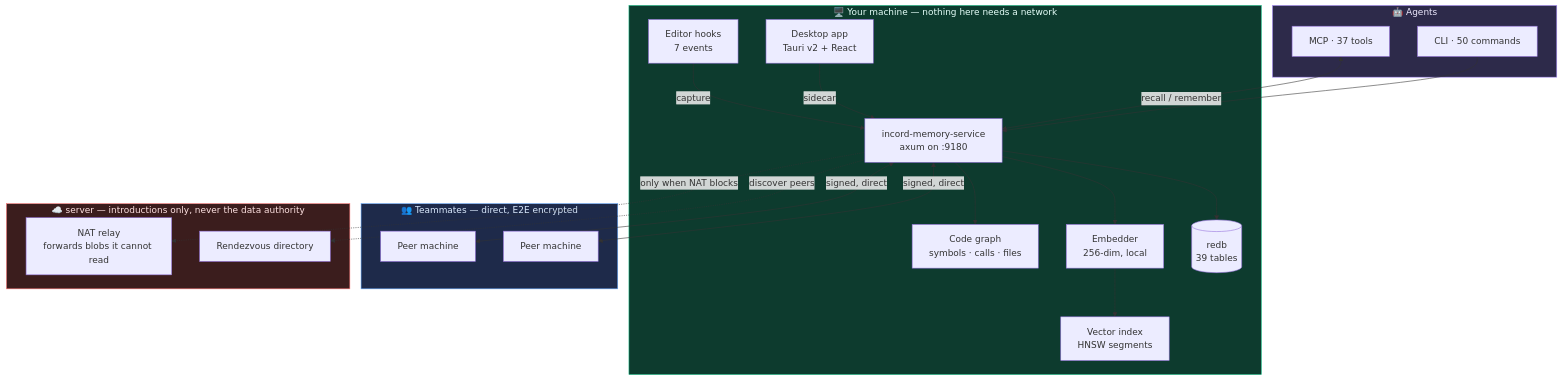
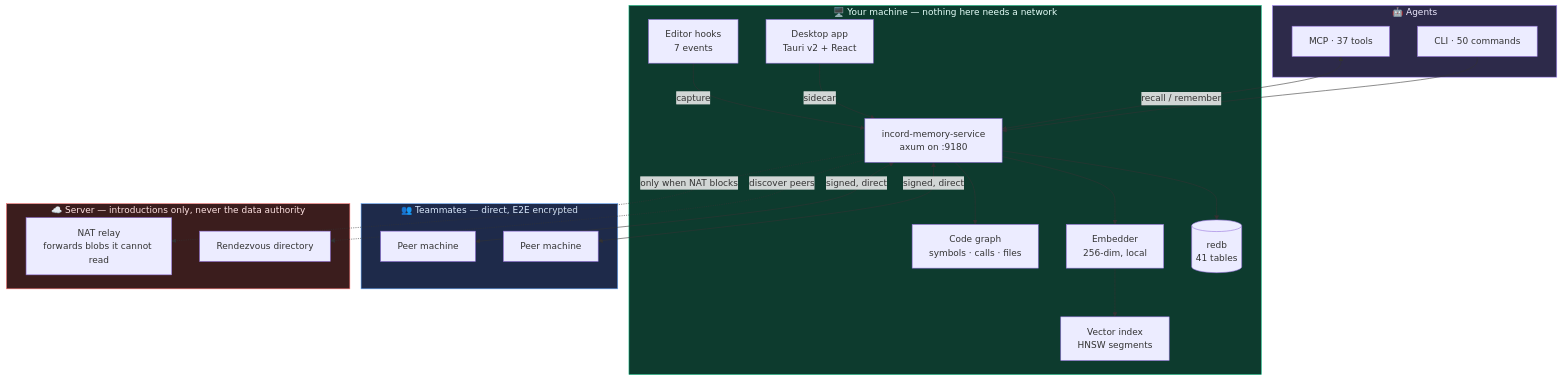
One commit to incordai/watchman changed the second of 8 diagrams in README.md. Above: the diagram before and after it, drawn with Mermaid. The commit also changed other lines of this file, not shown here.

````diff
--- a/README.md
+++ b/README.md
@@ -93,44 +129,44 @@
 ```mermaid
 graph TB
     subgraph LOCAL["🖥️ Your machine — nothing here needs a network"]
         HOOKS["Editor hooks<br/>7 events"]
         ENGINE["incord-memory-service<br/>axum on :9180"]
-        REDB[("redb<br/>39 tables")]
+        REDB[("redb<br/>41 tables")]
         EMB["Embedder<br/>256-dim, local"]
         VIDX["Vector index<br/>HNSW segments"]
         GRAPH["Code graph<br/>symbols · calls · files"]
         APP["Desktop app<br/>Tauri v2 + React"]
     end
 
     subgraph AGENTS["🤖 Agents"]
         MCP["MCP · 37 tools"]
         CLI["CLI · 50 commands"]
     end
 
     subgraph PEERS["👥 Teammates — direct, E2E encrypted"]
         P1["Peer machine"]
         P2["Peer machine"]
     end
 
-    subgraph CLOUD["☁️ server — introductions only, never the data authority"]
+    subgraph CLOUD["☁️ Server — introductions only, never the data authority"]
         RV["Rendezvous directory"]
         RELAY["NAT relay<br/>forwards blobs it cannot read"]
     end
 
     HOOKS -->|"capture"| ENGINE
     MCP <-->|"recall / remember"| ENGINE
     CLI --> ENGINE
     APP -->|"sidecar"| ENGINE
     ENGINE --> REDB
     ENGINE --> EMB --> VIDX
     ENGINE --> GRAPH
     ENGINE <-->|"signed, direct"| P1
     ENGINE <-->|"signed, direct"| P2
     ENGINE -.->|"discover peers"| RV
     ENGINE -.->|"only when NAT blocks"| RELAY
 
     style LOCAL fill:#0d3b2e,stroke:#10b981,color:#e6fffa
     style CLOUD fill:#3b1d1d,stroke:#f87171,color:#fee2e2
     style PEERS fill:#1e2a4a,stroke:#60a5fa,color:#dbeafe
     style AGENTS fill:#2d2a4a,stroke:#a78bfa,color:#ede9fe
 ```
````
